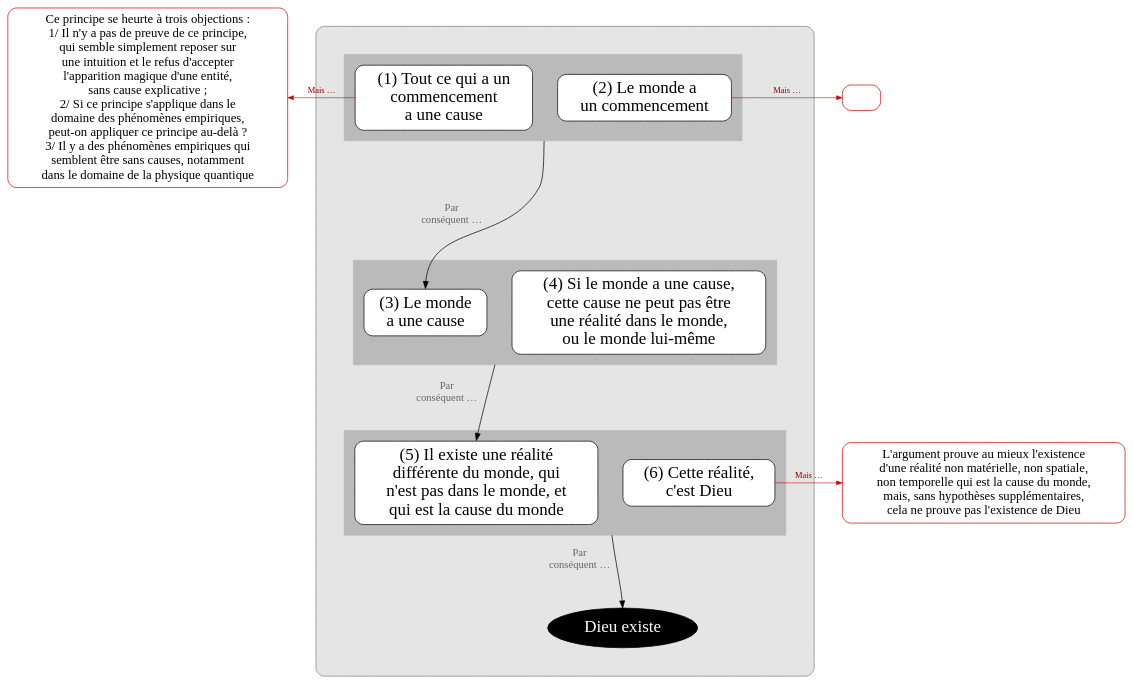
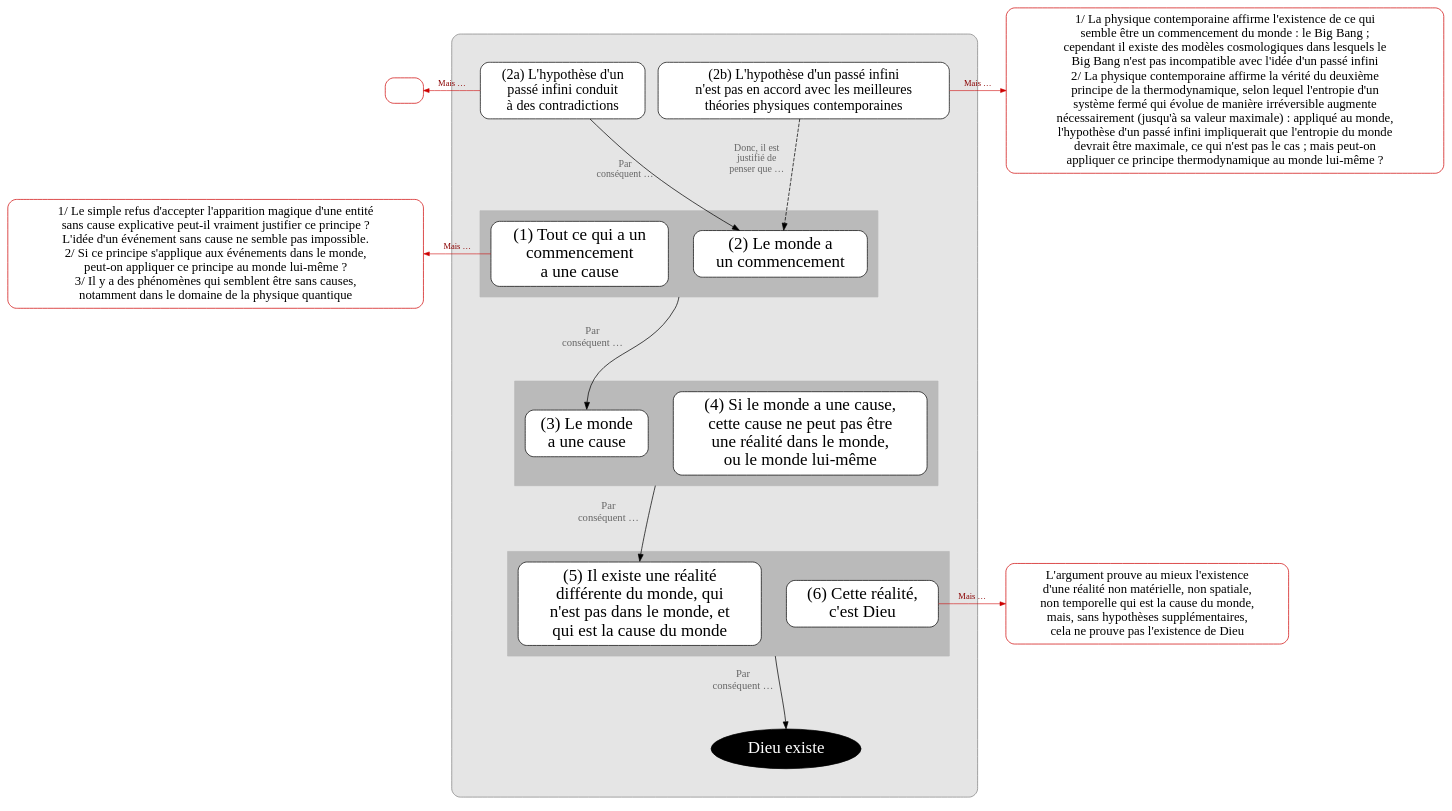
One commit to eyssette/graphviz-examples changed the diagram in argument/argument-cosmologique2.dot. Above: the diagram before and after it, drawn with Graphviz. The commit also changed 1 other file, not shown here.

```diff
--- a/argument/argument-cosmologique2.dot
+++ b/argument/argument-cosmologique2.dot
@@ -1,112 +1,138 @@
 digraph G {
 splines=true
 newrank=true
 compound=true
 
 
 node[color=red3, style="rounded, filled", shape="box", fillcolor=white, penwidth=1, fontcolor=black, fontsize=18, margin=0.1]
 
-o1[label="Ce principe se heurte à trois objections :
-1/ Il n'y a pas de preuve de ce principe,
-qui semble simplement reposer sur
-une intuition et le refus d'accepter
-l'apparition magique d'une entité,
-sans cause explicative ;
-2/ Si ce principe s'applique dans le
-domaine des phénomènes empiriques,
-peut-on appliquer ce principe au-delà ?
-3/ Il y a des phénomènes empiriques qui
-semblent être sans causes, notamment
-dans le domaine de la physique quantique"]
+o2a[label=""]
+
+o1[label="1/ Le simple refus d'accepter l'apparition magique d'une entité
+sans cause explicative peut-il vraiment justifier ce principe ?
+L'idée d'un événement sans cause ne semble pas impossible.
+2/ Si ce principe s'applique aux événements dans le monde,
+peut-on appliquer ce principe au monde lui-même ?
+3/ Il y a des phénomènes qui semblent être sans causes,
+notamment dans le domaine de la physique quantique"]
 
 node[shape=box, fillcolor=white, style="filled,rounded", color=black, fontsize=24, penwidth=1,fontcolor=black, margin=0.1]
 edge[minlen=2,color=red3, penwidth=0.8, arrowsize=0.8, label=" Mais …", fontcolor=red4,fontsize=12]
 {rank=same;o1->p1[dir=back]}
+
+
 
 
 subgraph cluster_0 {
 bgcolor=grey90
 style=rounded
 color=grey50
 margin=40
 
 
 
 node[shape=box, fillcolor=white, style="filled,rounded", color=black]
 edge[label="",xlabel="Par
 conséquent …",fontcolor=grey40;fontsize=15,minlen=3,color=black,penwidth=1, arrowsize=1]
 
+
+{
+node[fontsize=20]
+p2b[label="(2b) L'hypothèse d'un passé infini
+n'est pas en accord avec les meilleures
+théories physiques contemporaines"]
+p2a[label="(2a) L'hypothèse d'un
+passé infini conduit 
+à des contradictions"]
+}
+
+p2a->p2[minlen=1, fontsize=14]
+p2b->p2[style="dashed", xlabel="Donc, il est
+justifié de
+penser que …",minlen=1, fontsize=14]
 
 subgraph cluster_1 {
 style="box"
 margin=15
 bgcolor=grey73
 color=grey73
 p1[label="(1) Tout ce qui a un
 commencement
 a une cause"]
 
 p2[label="(2) Le monde a
 un commencement"]
 }
 
 //p1->p2[style=invis,xlabel="",minlen=1]
 {rank=same;p1->p2[style=invis,xlabel="",minlen=1]}
 
 p2:w->p3:n[ltail=cluster_1]
 //p2:w->p3:n[ltail=cluster_1]
 
 
 subgraph cluster_2 {
 style="box"
 margin=15
 bgcolor=grey73
 color=grey73
 p3[label="(3) Le monde
 a une cause"]
 p4[label="(4) Si le monde a une cause,
 cette cause ne peut pas être
 une réalité dans le monde,
 ou le monde lui-même"]
 }
 {rank=same;p3->p4[style=invis,xlabel="",minlen=1]}
 
 p4:w->p5:n[ltail=cluster_2]
 
 
 subgraph cluster_3 {
 style="box"
 margin=15
 bgcolor=grey73
 color=grey73
 p5[label="(5) Il existe une réalité
 différente du monde, qui
 n'est pas dans le monde, et
 qui est la cause du monde"]
 p6[label="(6) Cette réalité,
 c'est Dieu"]
 }
 
 {rank=same;p5->p6[style=invis,xlabel="",minlen=1]}
 
 p6:w->C:n[ltail=cluster_3]
 
 C[label="Dieu existe",fillcolor=black, fontcolor=white, color=black, shape=ellipse]
 
 
 }
 
 node[color=red3, style="rounded, filled", shape="box", fillcolor=white, penwidth=1, fontcolor=black, fontsize=18, margin=0.1]
 
-o2[label=""]
-
-{rank=same;p2->o2}
+o2b[label="1/ La physique contemporaine affirme l'existence de ce qui
+semble être un commencement du monde : le Big Bang ;
+cependant il existe des modèles cosmologiques dans lesquels le
+Big Bang n'est pas incompatible avec l'idée d'un passé infini
+2/ La physique contemporaine affirme la vérité du deuxième
+principe de la thermodynamique, selon lequel l'entropie d'un
+système fermé qui évolue de manière irréversible augmente
+nécessairement (jusqu'à sa valeur maximale) : appliqué au monde,
+l'hypothèse d'un passé infini impliquerait que l'entropie du monde
+devrait être maximale, ce qui n'est pas le cas ; mais peut-on
+appliquer ce principe thermodynamique au monde lui-même ?"]
+{rank=same;p2b->o2b}
 
 o6[label="L'argument prouve au mieux l'existence
 d'une réalité non matérielle, non spatiale,
 non temporelle qui est la cause du monde,
 mais, sans hypothèses supplémentaires,
 cela ne prouve pas l'existence de Dieu"]
 {rank=same;p6->o6}
 
+
+{rank=same;o2a->p2a[dir=back]}
+
 }
```
